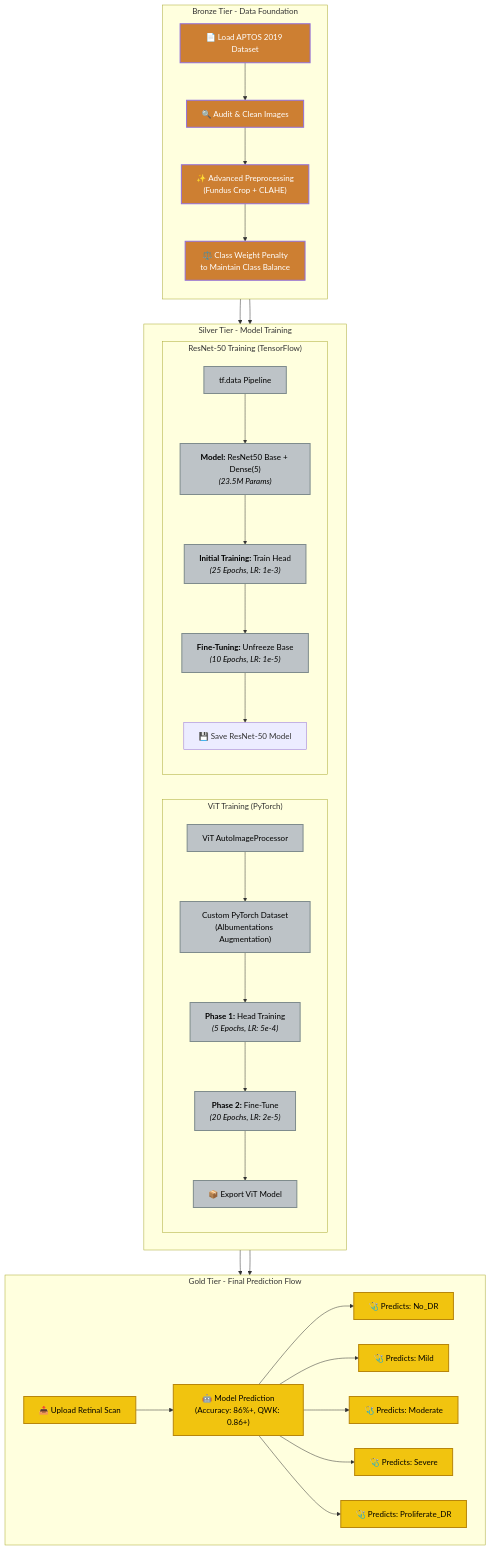
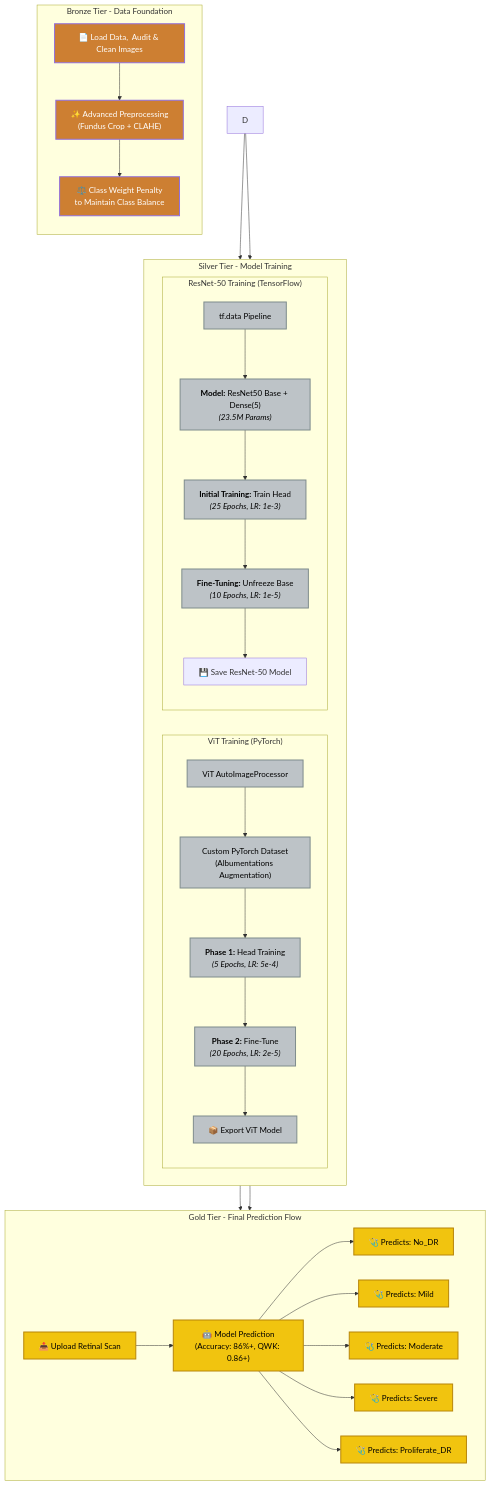
The diagram in README.md (Yeshwanth-git-tech/DiabeticRetinopathy-ViT-Resnet), drawn with Mermaid before and after one commit.

Commit message:
Edit README-f

````diff
--- a/README.md
+++ b/README.md
@@ -7,56 +7,56 @@
 ```mermaid
  flowchart TB
      %% --- Style Definitions ---
      classDef bronzeStyle fill:#cd7f32,stroke:#8B4S13,stroke-width:2px,color:#ffffff
      classDef silverStyle fill:#bdc3c7,stroke:#7f8c8d,stroke-width:2px,color:#000000
      classDef goldStyle fill:#f1c40f,stroke:#b8860b,stroke-width:2px,color:#000000
  
      %% --- BRONZE TIER: Data Pipeline ---
      subgraph Bronze Tier - Data Foundation
          direction TB
-         A["📄 Load APTOS 2019 Dataset"] --> B["🔍 Audit & Clean Images"]
-         B --> C["✨ Advanced Preprocessing<br/>(Fundus Crop + CLAHE)"]
-         C --> D["⚖️ Class Weight Penalty<br/>to Maintain Class Balance"]
+         A["📄 Load Data,  Audit & Clean Images"]
+         A --> B["✨ Advanced Preprocessing<br/>(Fundus Crop + CLAHE)"]
+         B --> C["⚖️ Class Weight Penalty<br/>to Maintain Class Balance"]
      end
-     class A,B,C,D bronzeStyle
+     class A,B,C bronzeStyle
  
      %% --- SILVER TIER: Model Training ---
      subgraph Silver Tier - Model Training
          direction LR
  
          subgraph "ViT Training (PyTorch)"
              direction TB
              G1["ViT AutoImageProcessor"] --> G2["Custom PyTorch Dataset<br/>(Albumentations Augmentation)"]
              G2 --> G3["<b>Phase 1:</b> Head Training<br/><i>(5 Epochs, LR: 5e-4)</i>"]
              G3 --> G4["<b>Phase 2:</b> Fine-Tune<br/><i>(20 Epochs, LR: 2e-5)</i>"]
              G4 --> G5["📦 Export ViT Model"]
          end
  
          subgraph "ResNet-50 Training (TensorFlow)"
              direction TB
              H1["tf.data Pipeline"] --> H2["<b>Model:</b> ResNet50 Base + Dense(5)<br/><i>(23.5M Params)</i>"]
              H2 --> H3["<b>Initial Training:</b> Train Head<br/><i>(25 Epochs, LR: 1e-3)</i>"]
              H3 --> H4["<b>Fine-Tuning:</b> Unfreeze Base<br/><i>(10 Epochs, LR: 1e-5)</i>"]
              H4 --> H5["💾 Save ResNet-50 Model"]
          end
      end
      class G1,G2,G3,G4,G5,H1,H2,H3,H4 silverStyle
  
      %% --- GOLD TIER: Final Product ---
      subgraph Gold Tier - Final Prediction Flow
          direction LR
          I1["📤 Upload Retinal Scan"] --> I2["🤖 Model Prediction<br/>(Accuracy: 86%+, QWK: 0.86+)"]
          I2 --> I3["🩺 Predicts: No_DR"]
          I2 --> I4["🩺 Predicts: Mild"]
          I2 --> I5["🩺 Predicts: Moderate"]
          I2 --> I6["🩺 Predicts: Severe"]
          I2 --> I7["🩺 Predicts: Proliferate_DR"]
      end
      class I1,I2,I3,I4,I5,I6,I7 goldStyle
  
      %% --- Connections ---
      D --> G1
      D --> H1
      G5 --> I1
      H5 --> I1
 ```
````
